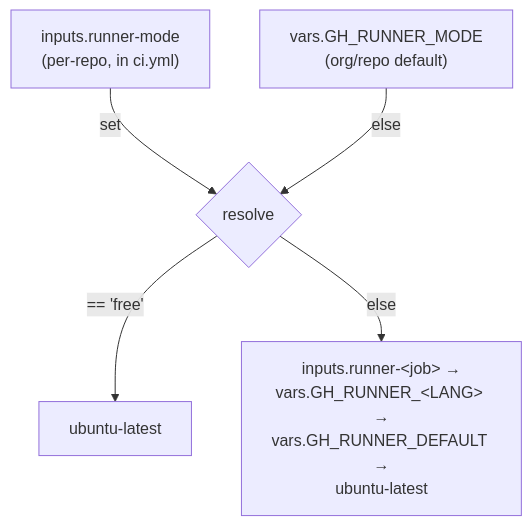
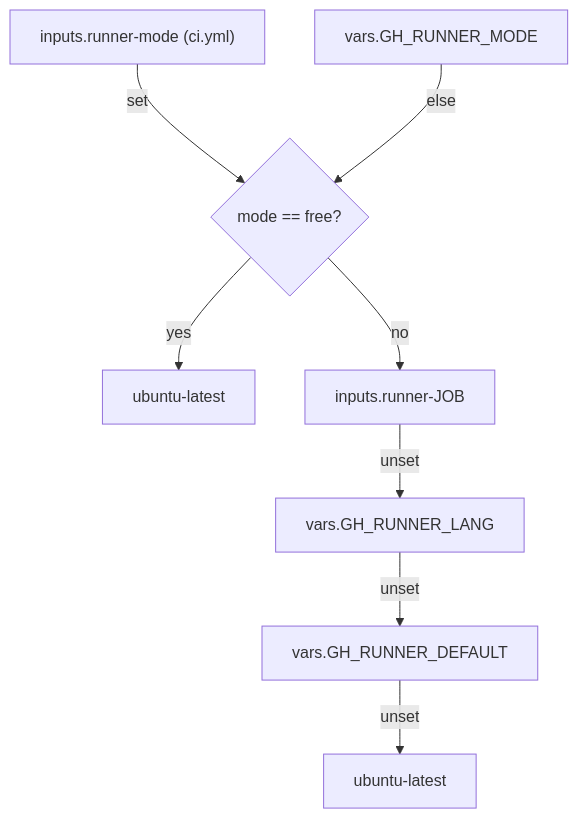
The diagram in docs/runtime/runners.md (hyperi-io/hyperi-ci), drawn with Mermaid before and after one commit. The commit also changed other lines of this file, not shown here.

Commit message:
docs: trim runners.md and list every ARC scale-set size

````diff
--- a/docs/runtime/runners.md
+++ b/docs/runtime/runners.md
@@ -29,7 +23,10 @@
 ```mermaid
 flowchart TD
-    A["inputs.runner-mode<br/>(per-repo, in ci.yml)"] -->|set| R{resolve}
-    B["vars.GH_RUNNER_MODE<br/>(org/repo default)"] -->|else| R
-    R -->|"== 'free'"| F["ubuntu-latest"]
-    R -->|else| S["inputs.runner-&lt;job&gt; →<br/>vars.GH_RUNNER_&lt;LANG&gt; →<br/>vars.GH_RUNNER_DEFAULT →<br/>ubuntu-latest"]
+    A["inputs.runner-mode (ci.yml)"] -->|set| R{"mode == free?"}
+    B["vars.GH_RUNNER_MODE"] -->|else| R
+    R -->|yes| F["ubuntu-latest"]
+    R -->|no| J["inputs.runner-JOB"]
+    J -->|unset| L["vars.GH_RUNNER_LANG"]
+    L -->|unset| D["vars.GH_RUNNER_DEFAULT"]
+    D -->|unset| U["ubuntu-latest"]
 ```
````
